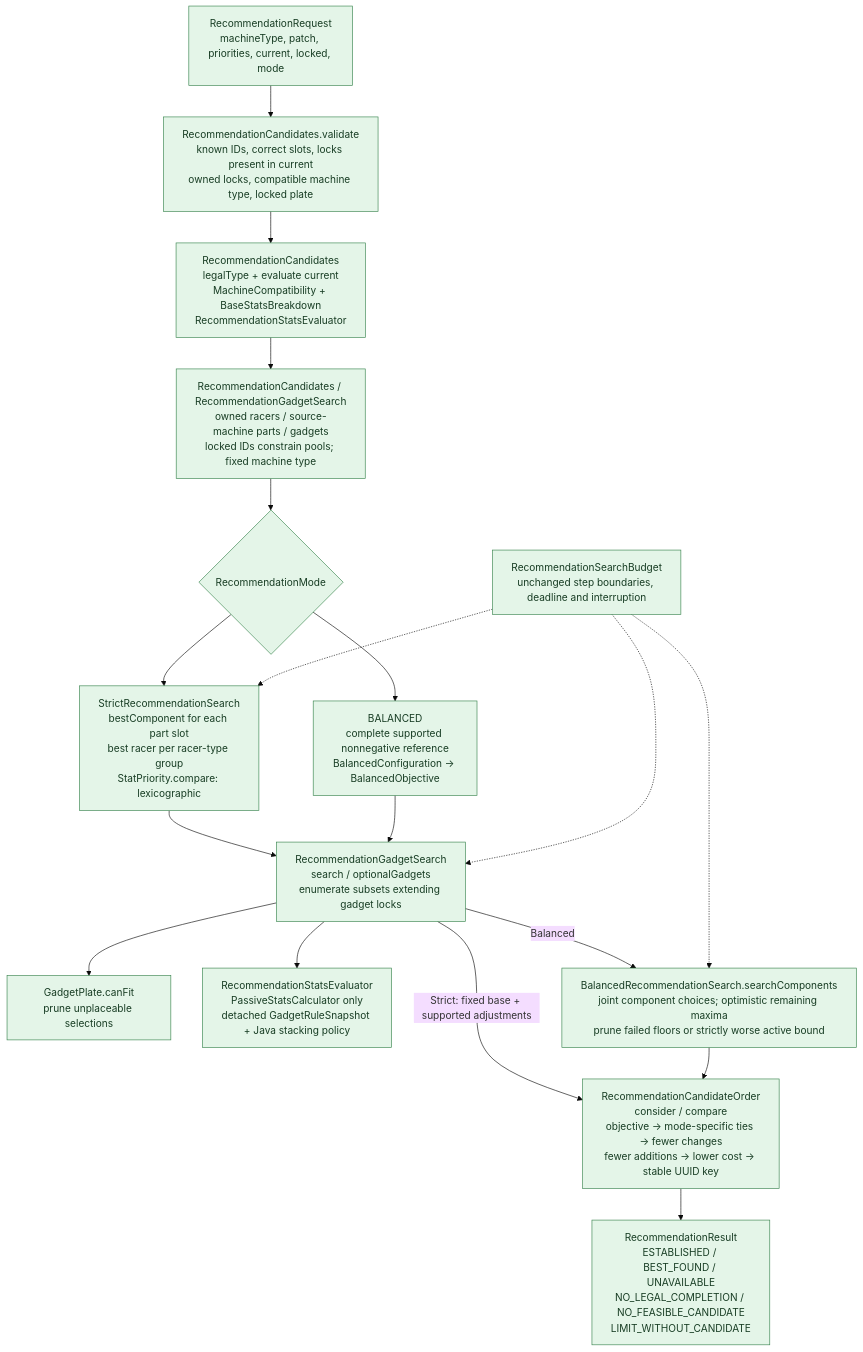
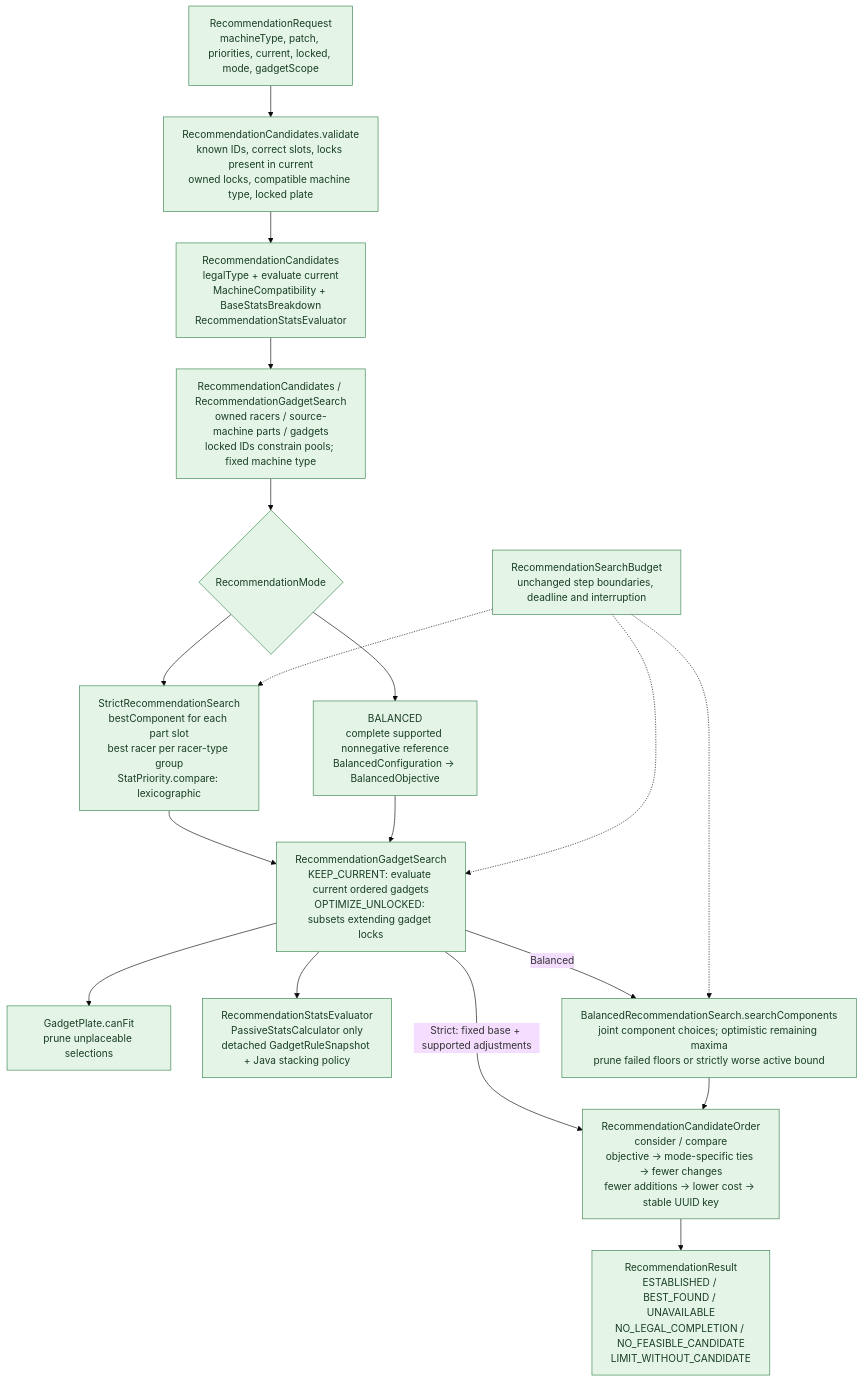
Diagram 11 of 31 in docs/architecture-atlas.md (alexungu04genoff/RingLab), drawn with Mermaid (base theme) before and after one commit. The commit also changed other lines of this file and 35 other files, not shown here.

Commit message:
feat: add reviewed passive stacking and gadget recommendation scope

````diff
--- a/docs/architecture-atlas.md
+++ b/docs/architecture-atlas.md
@@ -630,31 +635,31 @@
 ```mermaid
 flowchart TB
-  req["RecommendationRequest<br/>machineType, patch, priorities, current, locked, mode"]:::domain
+  req["RecommendationRequest<br/>machineType, patch, priorities, current, locked, mode, gadgetScope"]:::domain
   validate["RecommendationCandidates.validate<br/>known IDs, correct slots, locks present in current<br/>owned locks, compatible machine type, locked plate"]:::domain
   baseline["RecommendationCandidates<br/>legalType + evaluate current<br/>MachineCompatibility + BaseStatsBreakdown<br/>RecommendationStatsEvaluator"]:::domain
   pools["RecommendationCandidates / RecommendationGadgetSearch<br/>owned racers / source-machine parts / gadgets<br/>locked IDs constrain pools; fixed machine type"]:::domain
   branch{"RecommendationMode"}:::domain
   strict["StrictRecommendationSearch<br/>bestComponent for each part slot<br/>best racer per racer-type group<br/>StatPriority.compare: lexicographic"]:::domain
   balanced["BALANCED<br/>complete supported nonnegative reference<br/>BalancedConfiguration → BalancedObjective"]:::domain
-  subsets["RecommendationGadgetSearch<br/>search / optionalGadgets<br/>enumerate subsets extending gadget locks"]:::domain
+  subsets["RecommendationGadgetSearch<br/>KEEP_CURRENT: evaluate current ordered gadgets<br/>OPTIMIZE_UNLOCKED: subsets extending gadget locks"]:::domain
   plate["GadgetPlate.canFit<br/>prune unplaceable selections"]:::domain
   calc["RecommendationStatsEvaluator<br/>PassiveStatsCalculator only<br/>detached GadgetRuleSnapshot + Java stacking policy"]:::domain
   components["BalancedRecommendationSearch.searchComponents<br/>joint component choices; optimistic remaining maxima<br/>prune failed floors or strictly worse active bound"]:::domain
   compare["RecommendationCandidateOrder<br/>consider / compare<br/>objective → mode-specific ties → fewer changes<br/>fewer additions → lower cost → stable UUID key"]:::domain
   result["RecommendationResult<br/>ESTABLISHED / BEST_FOUND / UNAVAILABLE<br/>NO_LEGAL_COMPLETION / NO_FEASIBLE_CANDIDATE<br/>LIMIT_WITHOUT_CANDIDATE"]:::domain
   req --> validate --> baseline --> pools --> branch
   branch --> strict
   branch --> balanced
   strict --> subsets
   balanced --> subsets
   subsets --> plate
   subsets --> calc
   subsets -->|"Strict: fixed base + supported adjustments"| compare
   subsets -->|"Balanced"| components --> compare
   compare --> result
   budget["RecommendationSearchBudget<br/>unchanged step boundaries, deadline and interruption"]:::domain
   budget -.-> strict
   budget -.-> subsets
   budget -.-> components
   classDef domain fill:#e4f5e8,stroke:#37834c,color:#183d24
 ```
````
